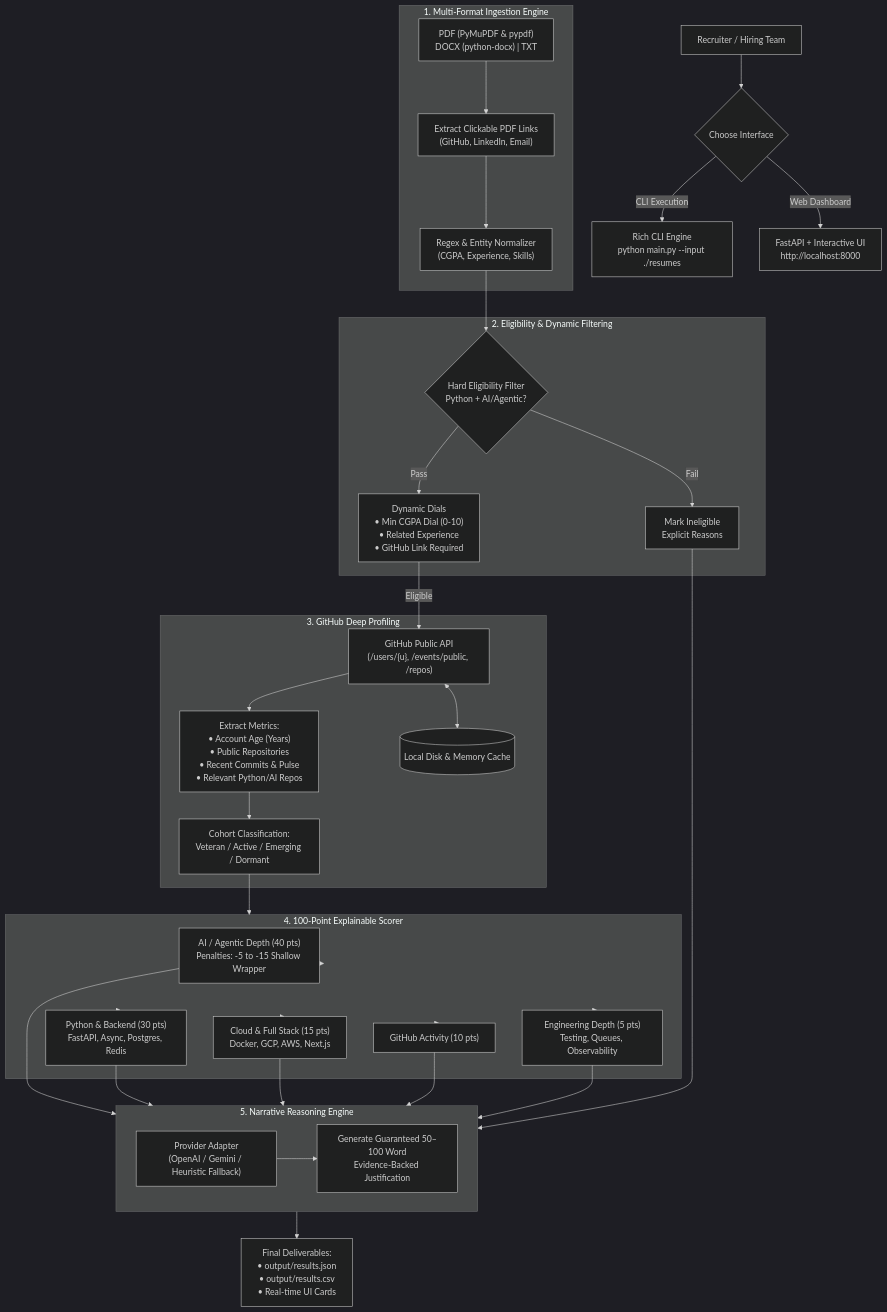
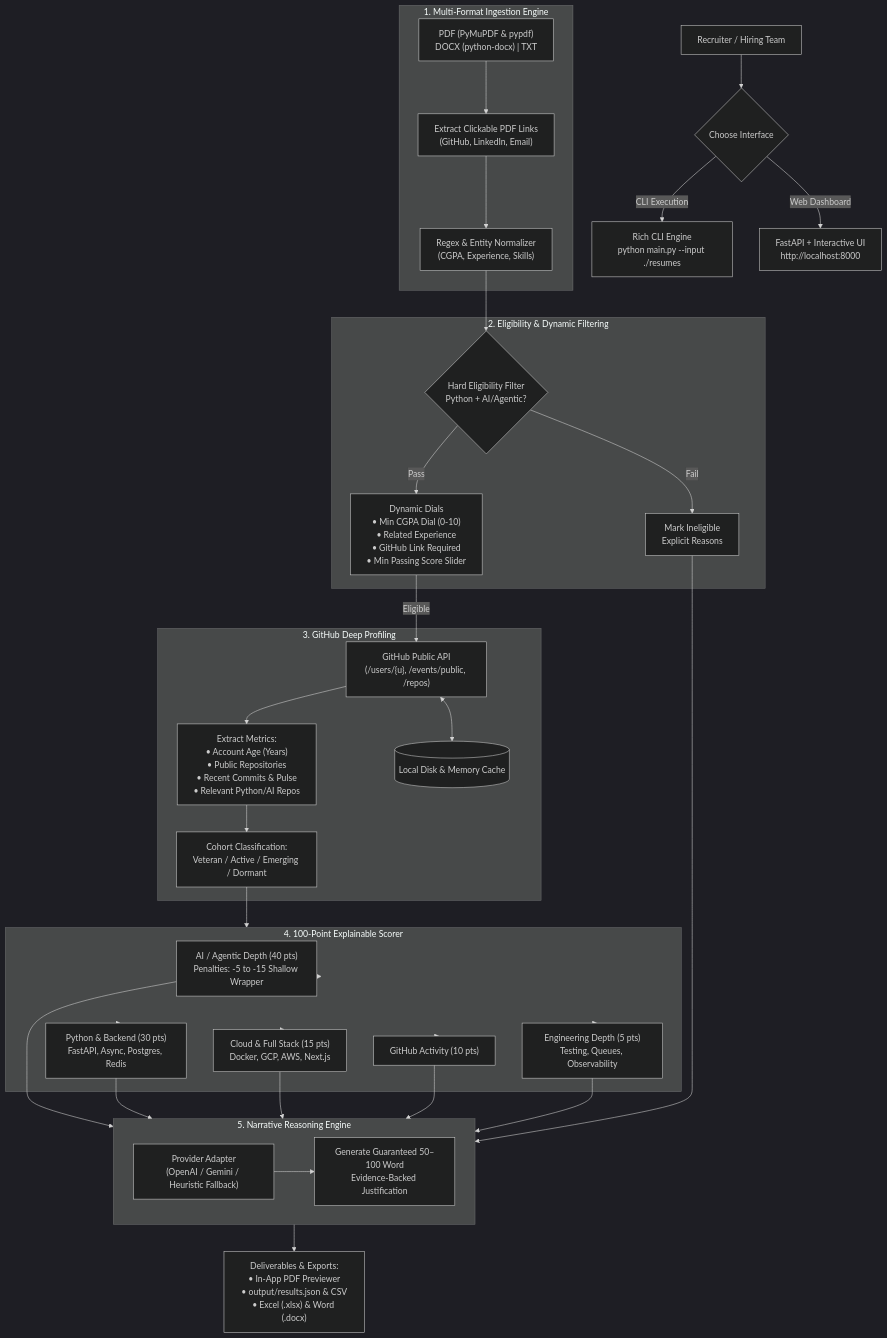
Before and after one commit to AveeckPandey/Kasparro: the diagram in README.md, drawn with Mermaid (dark theme). The commit also changed other lines of this file and 12 other files, not shown here.

````diff
--- a/README.md
+++ b/README.md
@@ -11,53 +69,53 @@
 ```mermaid
 flowchart TD
     User["Recruiter / Hiring Team"] --> InterfaceChoice{"Choose Interface"}
     
     InterfaceChoice -->|CLI Execution| CLI["Rich CLI Engine<br/>python main.py --input ./resumes"]
     InterfaceChoice -->|Web Dashboard| WebUI["FastAPI + Interactive UI<br/>http://localhost:8000"]
     
     subgraph Ingestion["1. Multi-Format Ingestion Engine"]
         DocParse["PDF (PyMuPDF & pypdf)<br/>DOCX (python-docx) | TXT"]
         LinkExtract["Extract Clickable PDF Links<br/>(GitHub, LinkedIn, Email)"]
         EntityExtract["Regex & Entity Normalizer<br/>(CGPA, Experience, Skills)"]
         DocParse --> LinkExtract --> EntityExtract
     end
     
     subgraph Filtering["2. Eligibility & Dynamic Filtering"]
         HardFilter{"Hard Eligibility Filter<br/>Python + AI/Agentic?"}
-        DynamicDial["Dynamic Dials<br/>• Min CGPA Dial (0-10)<br/>• Related Experience<br/>• GitHub Link Required"]
+        DynamicDial["Dynamic Dials<br/>• Min CGPA Dial (0-10)<br/>• Related Experience<br/>• GitHub Link Required<br/>• Min Passing Score Slider"]
         EntityExtract --> HardFilter
         HardFilter -->|Pass| DynamicDial
         HardFilter -->|Fail| Disqualified["Mark Ineligible<br/>Explicit Reasons"]
     end
     
     subgraph Enrichment["3. GitHub Deep Profiling"]
         GHApi["GitHub Public API<br/>(/users/{u}, /events/public, /repos)"]
         GHMetrics["Extract Metrics:<br/>• Account Age (Years)<br/>• Public Repositories<br/>• Recent Commits & Pulse<br/>• Relevant Python/AI Repos"]
         GHCohort["Cohort Classification:<br/>Veteran / Active / Emerging / Dormant"]
         GHCache[("Local Disk & Memory Cache")]
         DynamicDial -->|Eligible| GHApi
         GHApi <--> GHCache
         GHApi --> GHMetrics --> GHCohort
     end
     
     subgraph Scoring["4. 100-Point Explainable Scorer"]
         AIScore["AI / Agentic Depth (40 pts)<br/>Penalties: -5 to -15 Shallow Wrapper"]
         PyScore["Python & Backend (30 pts)<br/>FastAPI, Async, Postgres, Redis"]
         CloudScore["Cloud & Full Stack (15 pts)<br/>Docker, GCP, AWS, Next.js"]
         GHScore["GitHub Activity (10 pts)"]
         EngScore["Engineering Depth (5 pts)<br/>Testing, Queues, Observability"]
     end
     
     subgraph Reasoning["5. Narrative Reasoning Engine"]
         LLMAdapter["Provider Adapter<br/>(OpenAI / Gemini / Heuristic Fallback)"]
         Justification["Generate Guaranteed 50–100 Word<br/>Evidence-Backed Justification"]
         LLMAdapter --> Justification
     end
     
     GHCohort --> Scoring
     Scoring --> AIScore & PyScore & CloudScore & GHScore & EngScore
     AIScore & PyScore & CloudScore & GHScore & EngScore --> Reasoning
     Disqualified --> Reasoning
     
-    Reasoning --> Outputs["Final Deliverables:<br/>• output/results.json<br/>• output/results.csv<br/>• Real-time UI Cards"]
+    Reasoning --> Outputs["Deliverables & Exports:<br/>• In-App PDF Previewer<br/>• output/results.json & CSV<br/>• Excel (.xlsx) & Word (.docx)"]
 ```
````
